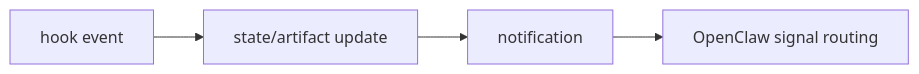
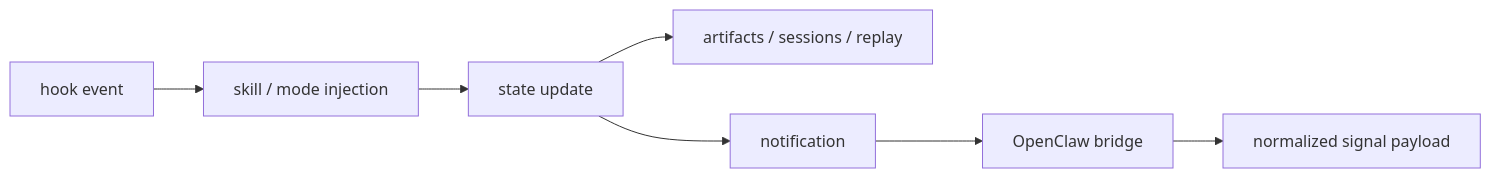
One commit to terry3838/oh-my-claudecode-guide changed the diagram in obsidian/oh-my-claudecode Guide/Concepts/Hooks and State.md. Above: the diagram before and after it, drawn with Mermaid. The commit also changed 9 other files, not shown here.

````diff
--- a/obsidian/oh-my-claudecode Guide/Concepts/Hooks and State.md
+++ b/obsidian/oh-my-claudecode Guide/Concepts/Hooks and State.md
@@ -22,6 +22,9 @@
 ```mermaid
 flowchart LR
-    A[hook event] --> B[state/artifact update]
-    B --> C[notification]
-    C --> D[OpenClaw signal routing]
+    A[hook event] --> B[skill / mode injection]
+    B --> C[state update]
+    C --> D[artifacts / sessions / replay]
+    C --> E[notification]
+    E --> F[OpenClaw bridge]
+    F --> G[normalized signal payload]
 ```
````
